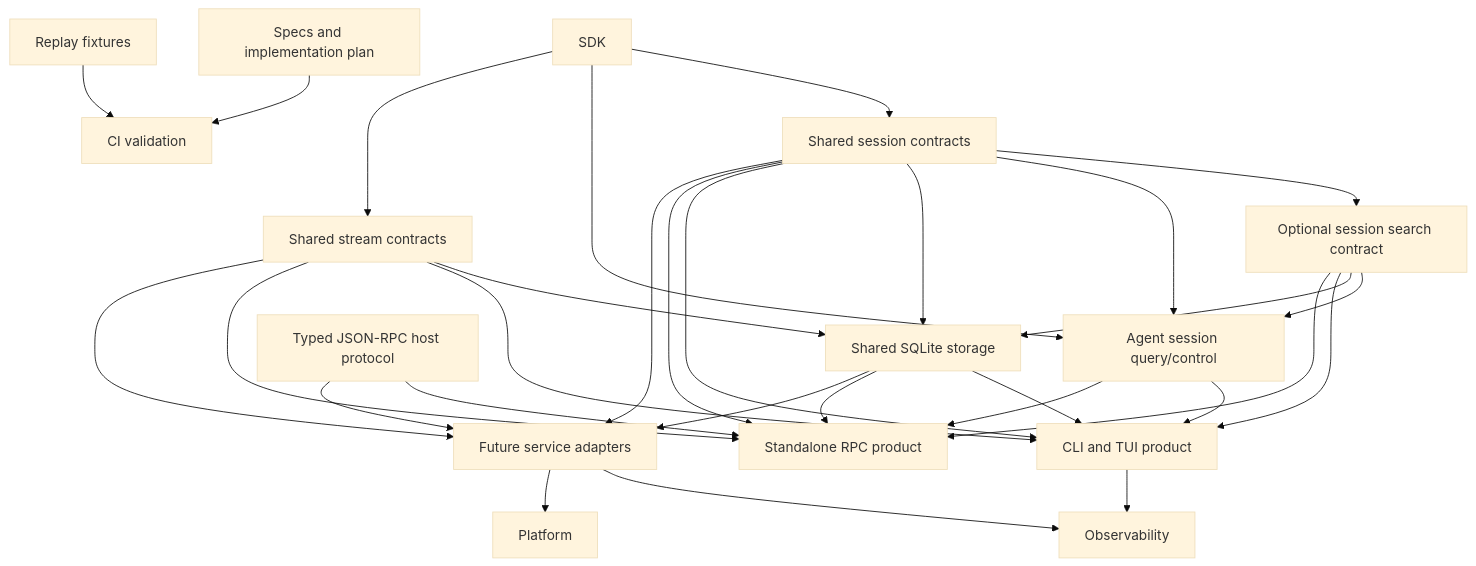
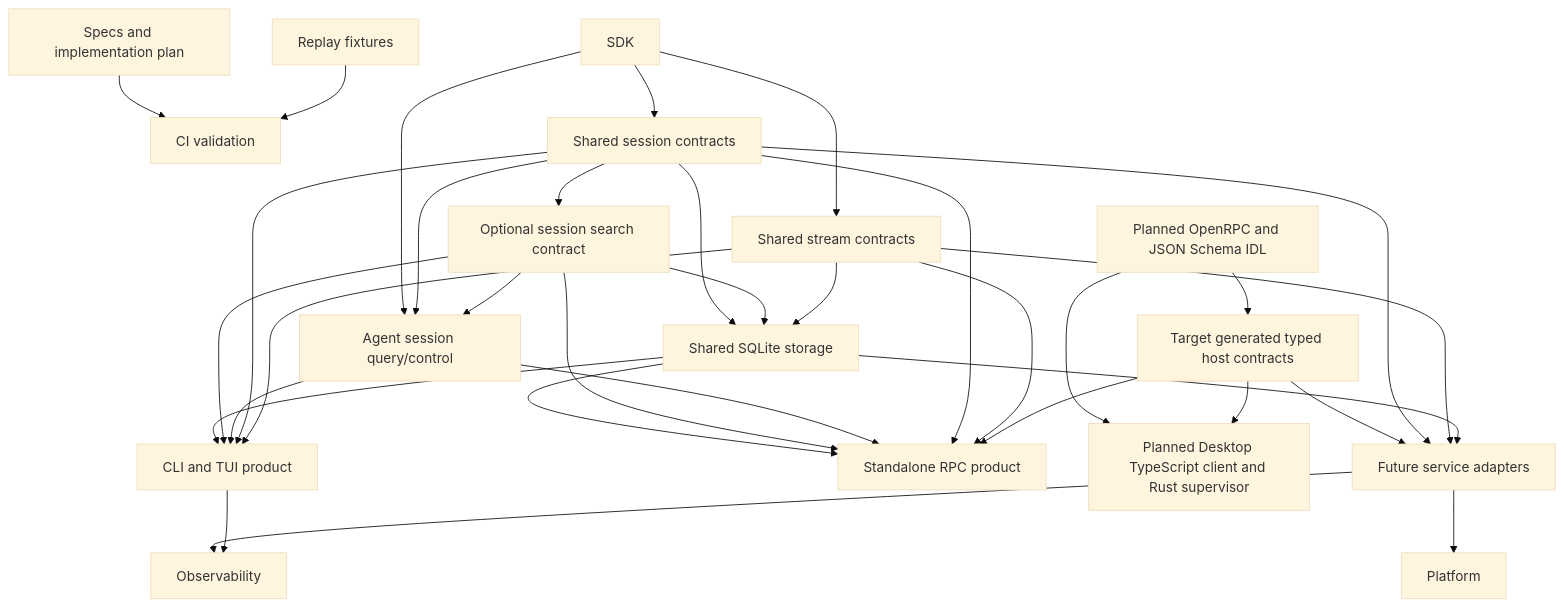
Before and after one commit to Wh1isper/starweaver: the diagram in spec/ops/README.md, drawn with Mermaid (base theme). The commit also changed other lines of this file and 62 other files, not shown here.

````diff
--- a/spec/ops/README.md
+++ b/spec/ops/README.md
@@ -23,48 +26,53 @@
 ```mermaid
 flowchart TD
     ci[CI validation]
     replay[Replay fixtures]
     specs[Specs and implementation plan]
     sdk[SDK]
     session[Shared session contracts]
     search[Optional session search contract]
     management[Agent session query/control]
     stream[Shared stream contracts]
     storage[Shared SQLite storage]
     cli[CLI and TUI product]
     rpc[Standalone RPC product]
-    hostrpc[Typed JSON-RPC host protocol]
+    hostidl[Planned OpenRPC and JSON Schema IDL]
+    hostrpc[Target generated typed host contracts]
+    desktop[Planned Desktop TypeScript client and Rust supervisor]
     service[Future service adapters]
     observability[Observability]
     platform[Platform]
 
     specs --> ci
     replay --> ci
     sdk --> session
     sdk --> management
     sdk --> stream
     session --> search
     session --> management
     search --> management
     session --> storage
     search --> storage
     stream --> storage
     storage --> cli
     search --> cli
     management --> cli
     session --> cli
     stream --> cli
     storage --> rpc
     search --> rpc
     management --> rpc
     session --> rpc
     stream --> rpc
+    hostidl --> hostrpc
     hostrpc --> rpc
+    hostidl --> desktop
+    hostrpc --> desktop
     hostrpc --> service
     session --> service
     stream --> service
     storage --> service
     service --> observability
     cli --> observability
     service --> platform
 ```
````
